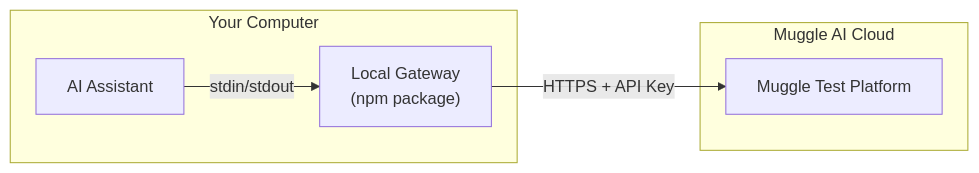
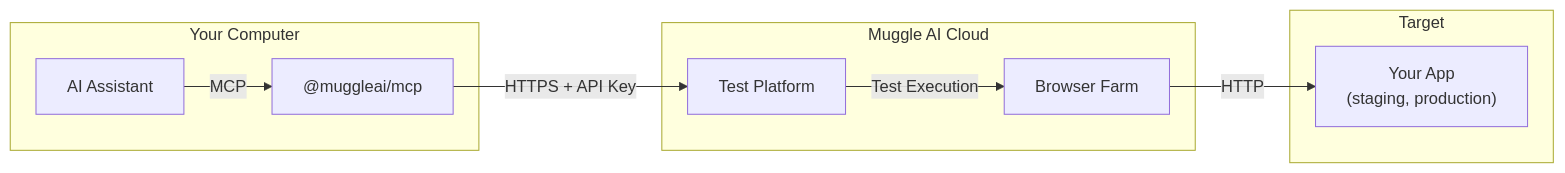
The second of 2 diagrams in mcp/overview.md (multiplex-ai/muggle-ai-docs), drawn with Mermaid before and after one commit. The commit also changed other lines of this file and 9 other files, not shown here.

````diff
--- a/mcp/overview.md
+++ b/mcp/overview.md
@@ -55,14 +59,21 @@
 ```mermaid
 flowchart LR
     subgraph env["Your Computer"]
-        A2["AI Assistant"]
-        B2["Local Gateway<br/>(npm package)"]
-        A2 -->|"stdin/stdout"| B2
+        A["AI Assistant"]
+        B["@muggleai/mcp"]
     end
     
-    subgraph cloud2["Muggle AI Cloud"]
-        C2[Muggle Test Platform]
+    subgraph cloud["Muggle AI Cloud"]
+        C[Test Platform]
+        D[Browser Farm]
     end
     
-    B2 -->|"HTTPS + API Key"| C2
+    subgraph target["Target"]
+        E["Your App<br/>(staging, production)"]
+    end
+    
+    A -->|"MCP"| B
+    B -->|"HTTPS + API Key"| C
+    C -->|"Test Execution"| D
+    D -->|"HTTP"| E
 ```
````
